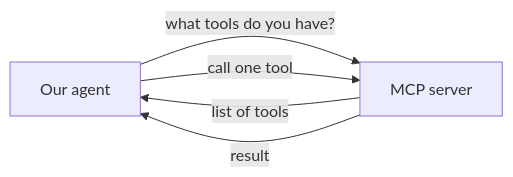
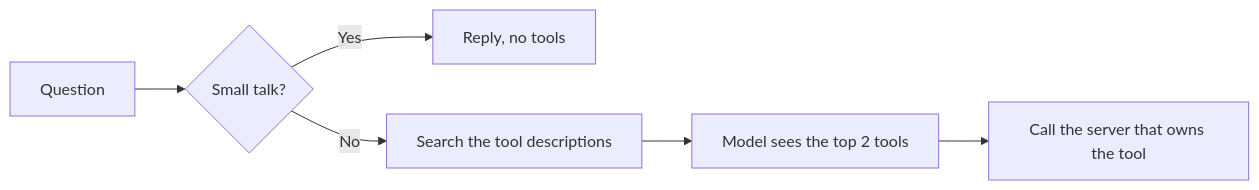
The diagram in docs/labs/07-mcp-basics.md (learnwithparam/agentic-ai-live-labs), drawn with Mermaid before and after one commit. The commit also changed other lines of this file and 59 other files, not shown here.

````diff
--- a/docs/labs/07-mcp-basics.md
+++ b/docs/labs/07-mcp-basics.md
@@ -7,7 +7,8 @@
 ```mermaid
 flowchart LR
-  A["Our agent"] -->|"what tools do you have?"| B["MCP server"]
-  B -->|"list of tools"| A
-  A -->|"call one tool"| B
-  B -->|"result"| A
+  A["Question"] --> B{"Small talk?"}
+  B -->|"Yes"| X["Reply, no tools"]
+  B -->|"No"| C["Search the tool descriptions"]
+  C --> D["Model sees the top 2 tools"]
+  D --> E["Call the server that owns the tool"]
 ```
````
